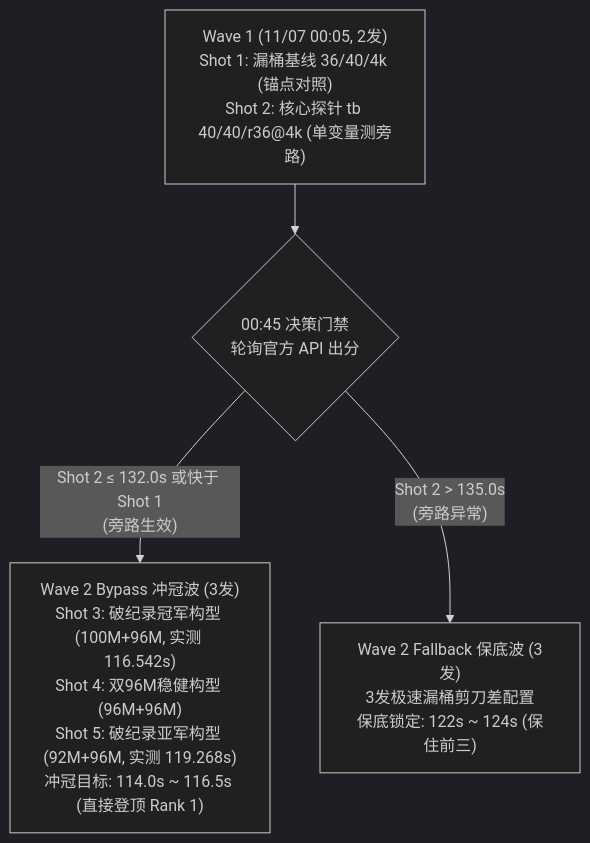
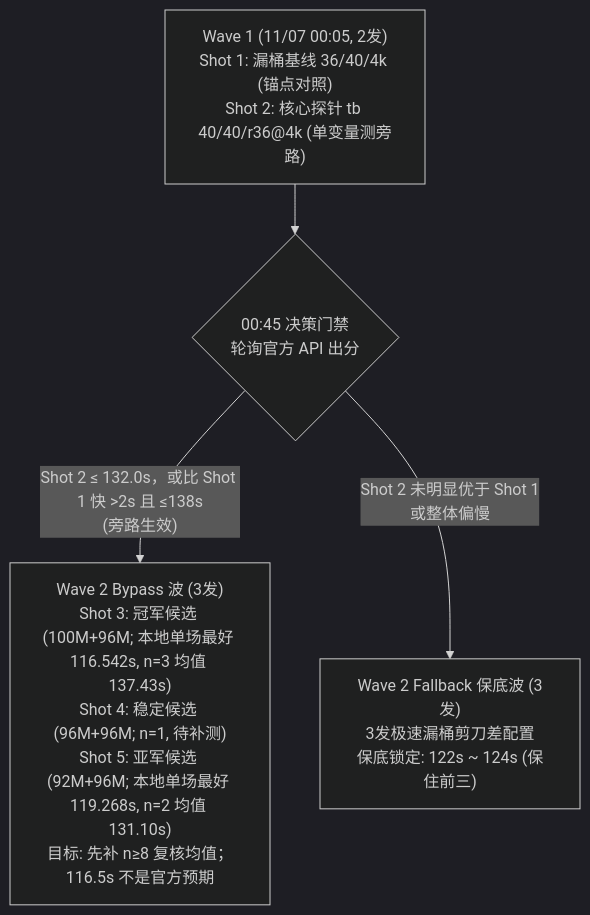
The diagram in STATUS.md (polaris-agent1111/temp), drawn with Mermaid (dark theme) before and after one commit. The commit also changed other lines of this file and 14 other files, not shown here.

````diff
--- a/STATUS.md
+++ b/STATUS.md
@@ -57,7 +59,7 @@
 ```mermaid
 flowchart TD
     W1["Wave 1 (11/07 00:05, 2发)<br>Shot 1: 漏桶基线 36/40/4k (锚点对照)<br>Shot 2: 核心探针 tb 40/40/r36@4k (单变量测旁路)"]
     W1 --> G{"00:45 决策门禁<br>轮询官方 API 出分"}
-    G -->|"Shot 2 ≤ 132.0s 或快于 Shot 1<br>(旁路生效)"| W2A["Wave 2 Bypass 冲冠波 (3发)<br>Shot 3: 破纪录冠军构型 (100M+96M, 实测 116.542s)<br>Shot 4: 双96M稳健构型 (96M+96M)<br>Shot 5: 破纪录亚军构型 (92M+96M, 实测 119.268s)<br>冲冠目标: 114.0s ~ 116.5s (直接登顶 Rank 1)"]
-    G -->|"Shot 2 > 135.0s<br>(旁路异常)"| W2B["Wave 2 Fallback 保底波 (3发)<br>3发极速漏桶剪刀差配置<br>保底锁定: 122s ~ 124s (保住前三)"]
+    G -->|"Shot 2 ≤ 132.0s，或比 Shot 1 快 >2s 且 ≤138s<br>(旁路生效)"| W2A["Wave 2 Bypass 波 (3发)<br>Shot 3: 冠军候选 (100M+96M; 本地单场最好 116.542s, n=3 均值 137.43s)<br>Shot 4: 稳定候选 (96M+96M; n=1, 待补测)<br>Shot 5: 亚军候选 (92M+96M; 本地单场最好 119.268s, n=2 均值 131.10s)<br>目标: 先补 n≥8 复核均值；116.5s 不是官方预期"]
+    G -->|"Shot 2 未明显优于 Shot 1<br>或整体偏慢"| W2B["Wave 2 Fallback 保底波 (3发)<br>3发极速漏桶剪刀差配置<br>保底锁定: 122s ~ 124s (保住前三)"]
 ```
````
